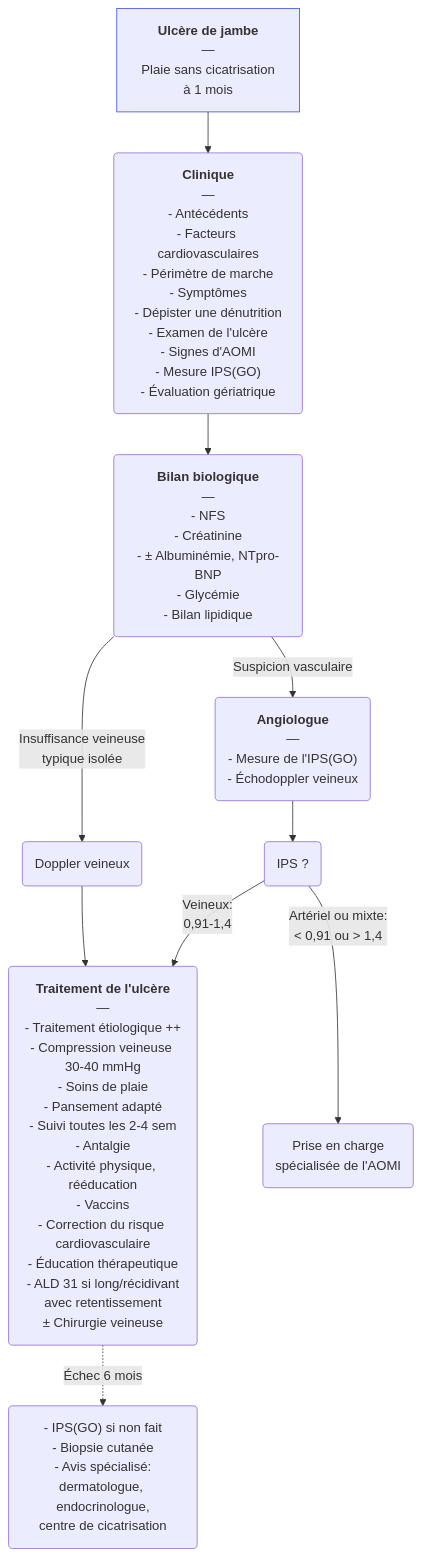
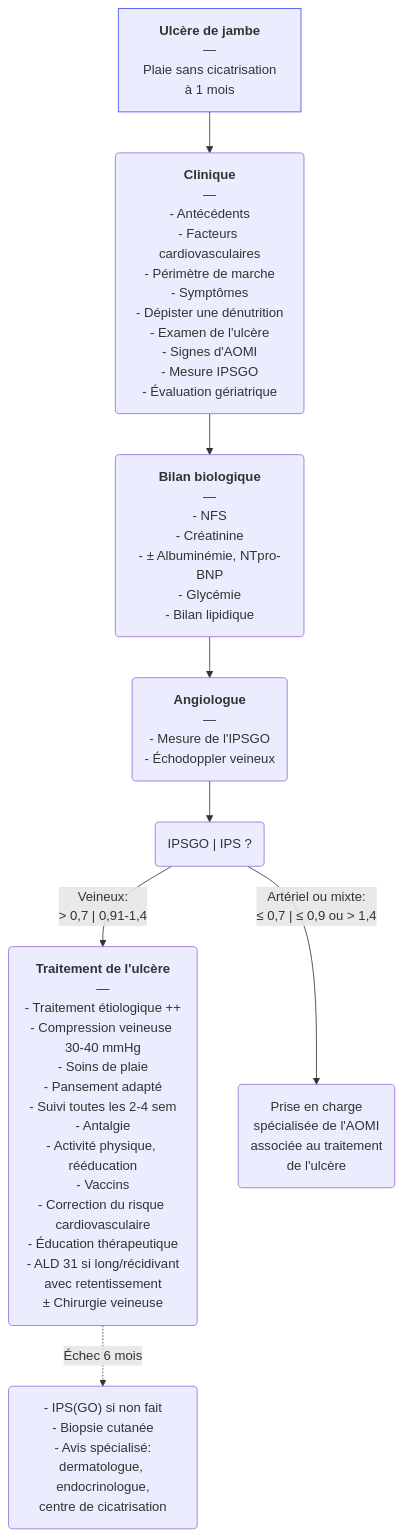
The diagram in content/recommandations/ulcere-veineux.md (djibe/recommandations-medicales), drawn with Mermaid before and after one commit.

Commit message:
Update flow

```diff
--- a/content/recommandations/ulcere-veineux.md
+++ b/content/recommandations/ulcere-veineux.md
@@ -315,8 +315,6 @@
 {{< mermaid title="Prise en charge de l'ulcère veineux par le médecin généraliste. Dr JB Fron d'après SFMV 2025 et HAS" >}}
 graph TB
-  ulcère["<b>Ulcère de jambe</b><br>—<br>Plaie sans cicatrisation<br>à 1 mois"] --> clinique("<b>Clinique</b><br>—<br>- Antécédents<br>- Facteurs cardiovasculaires<br>- Périmètre de marche<br>- Symptômes<br>- Dépister une dénutrition<br>- Examen de l'ulcère<br>- Signes d'AOMI<br>- Mesure IPS(GO)<br>- Évaluation gériatrique") --> biologie("<b>Bilan biologique</b><br>—<br>- NFS<br>- Créatinine<br>- ± Albuminémie, NTpro-BNP<br>- Glycémie<br>- Bilan lipidique")
-    biologie -- "Insuffisance veineuse<br>typique isolée" --> doppler(Doppler veineux) --> veineux
-    biologie -- "Suspicion vasculaire" --> angiologue("<b>Angiologue</b><br>—<br>- Mesure de l'IPS(GO)<br>- Échodoppler veineux") --> ips(IPS ?) -- "Veineux:<br>0,91-1,4" --> veineux("<b>Traitement de l'ulcère</b><br>—<br>- Traitement étiologique ++<br>- Compression veineuse 30-40 mmHg<br>- Soins de plaie<br>- Pansement adapté<br>- Suivi toutes les 2-4 sem<br>- Antalgie<br>- Activité physique, rééducation<br>- Vaccins<br>- Correction du risque cardiovasculaire<br>- Éducation thérapeutique<br>- ALD 31 si long/récidivant<br>avec retentissement<br>± Chirurgie veineuse") -. "Échec 6 mois" .-> centre("- IPS(GO) si non fait<br>- Biopsie cutanée<br>- Avis spécialisé:<br>dermatologue, endocrinologue,<br>centre de cicatrisation")
-    ips -- "Artériel ou mixte:<br>&lt; 0,91 ou &gt; 1,4" --> AOMI("Prise en charge<br>spécialisée de l'AOMI")
+  ulcère["<b>Ulcère de jambe</b><br>—<br>Plaie sans cicatrisation<br>à 1 mois"] --> clinique("<b>Clinique</b><br>—<br>- Antécédents<br>- Facteurs cardiovasculaires<br>- Périmètre de marche<br>- Symptômes<br>- Dépister une dénutrition<br>- Examen de l'ulcère<br>- Signes d'AOMI<br>- Mesure IPSGO<br>- Évaluation gériatrique") --> biologie("<b>Bilan biologique</b><br>—<br>- NFS<br>- Créatinine<br>- ± Albuminémie, NTpro-BNP<br>- Glycémie<br>- Bilan lipidique") --> angiologue("<b>Angiologue</b><br>—<br>- Mesure de l'IPSGO<br>- Échodoppler veineux") --> ips("IPSGO | IPS ?") -- "Veineux:<br>&gt; 0,7 | 0,91-1,4" --> veineux("<b>Traitement de l'ulcère</b><br>—<br>- Traitement étiologique ++<br>- Compression veineuse 30-40 mmHg<br>- Soins de plaie<br>- Pansement adapté<br>- Suivi toutes les 2-4 sem<br>- Antalgie<br>- Activité physique, rééducation<br>- Vaccins<br>- Correction du risque cardiovasculaire<br>- Éducation thérapeutique<br>- ALD 31 si long/récidivant<br>avec retentissement<br>± Chirurgie veineuse") -. "Échec 6 mois" .-> centre("- IPS(GO) si non fait<br>- Biopsie cutanée<br>- Avis spécialisé:<br>dermatologue, endocrinologue,<br>centre de cicatrisation")
+    ips -- "Artériel ou mixte:<br>&le; 0,7 | &le; 0,9 ou &gt; 1,4" --> AOMI("Prise en charge<br>spécialisée de l'AOMI<br>associée au traitement<br>de l'ulcère")
   style ulcère stroke:#4150f5, stroke-width:1px
 {{< /mermaid >}}
```
